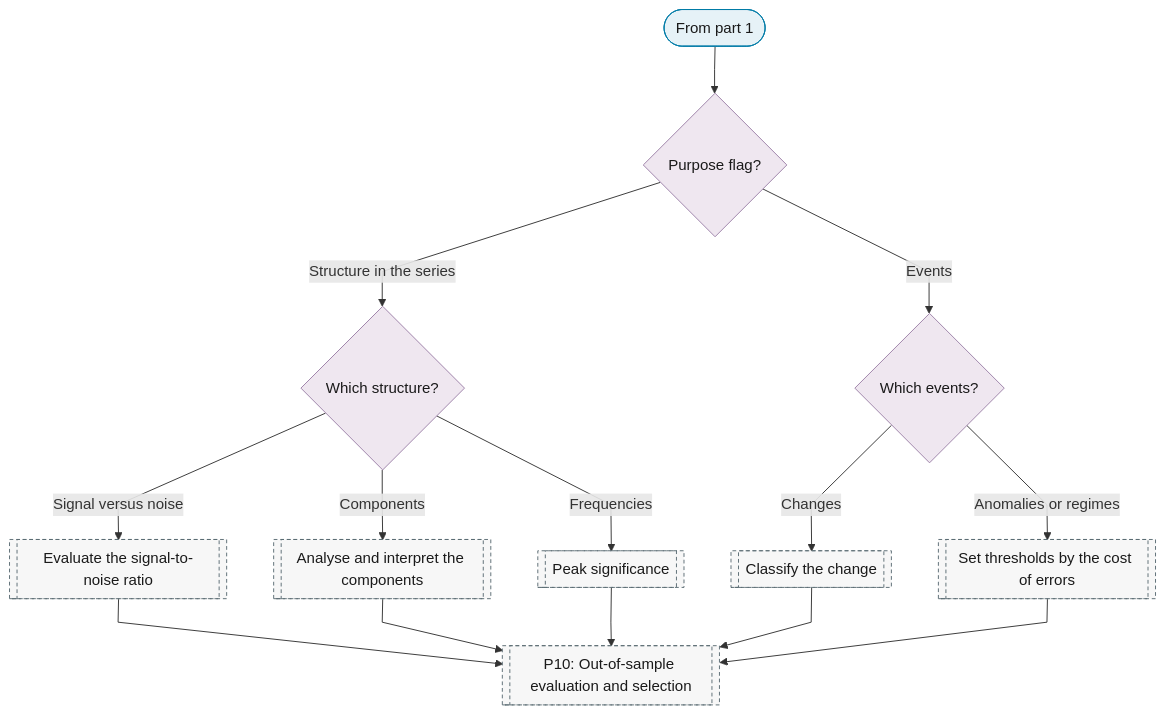
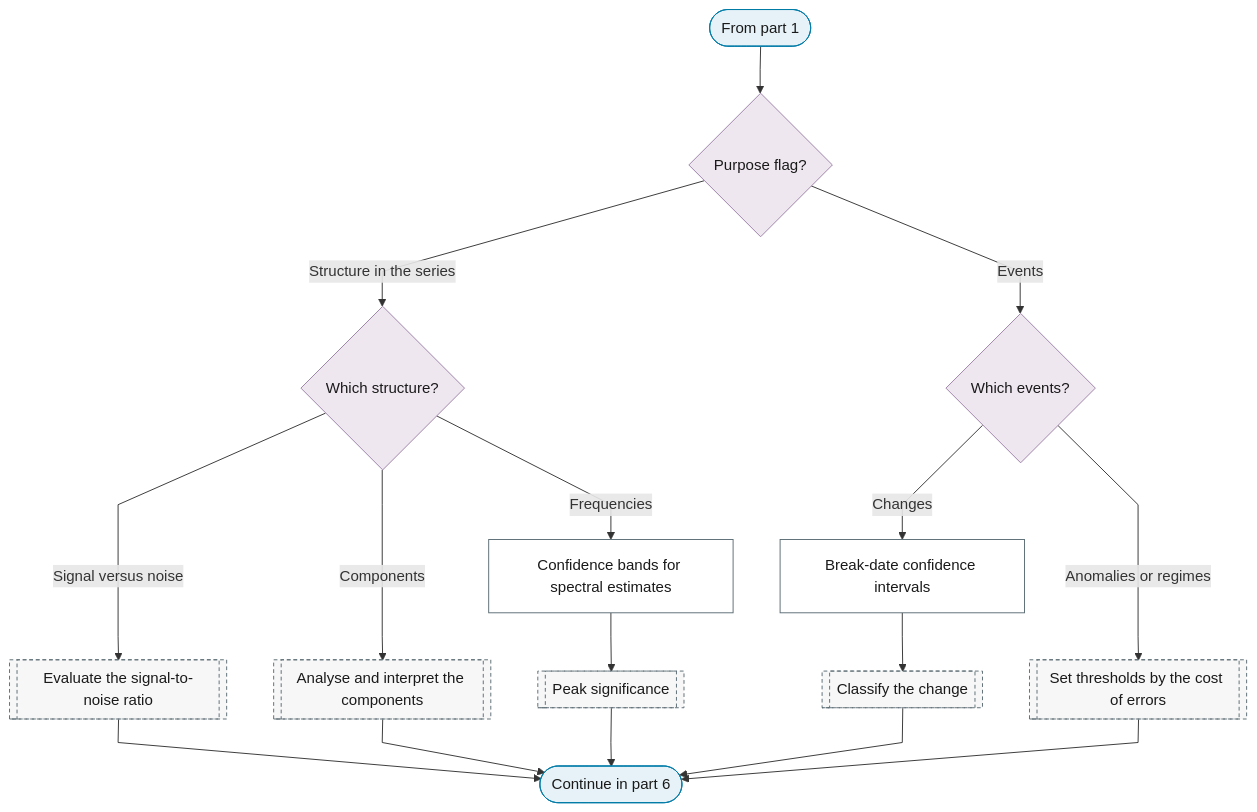
The fourth of 6 diagrams in docs/01-workflow/p11-inference.md (Shuxin-Y/time-series-analysis-manual), drawn with Mermaid before and after one commit. The commit also changed other lines of this file and 8 other files, not shown here.

First line of the commit message:
feat(p11,p12): issue the scored product, post-selection inference, drift by type

````diff
--- a/docs/01-workflow/p11-inference.md
+++ b/docs/01-workflow/p11-inference.md
@@ -108,24 +101,27 @@
 ```mermaid
 %%{init: {"flowchart": {"curve": "linear"}}}%%
 graph TD
     P11_PART_4_IN(["From part 1"]) --> P11_PURPOSE_4{"Purpose flag?"}
     P11_PURPOSE_4 -->|"Structure in the series"| P11_STRUCTURE{"Which structure?"}
     P11_PURPOSE_4 -->|"Events"| P11_EVENTS{"Which events?"}
     P11_STRUCTURE -->|"Signal versus noise"| P0_SE_SNR[["Evaluate the signal-to-noise ratio"]]
     P11_STRUCTURE -->|"Components"| P0_DC_COMPONENT_ANALYSIS[["Analyse and interpret the components"]]
-    P11_STRUCTURE -->|"Frequencies"| P0_SP_PEAK_SIGNIFICANCE[["Peak significance"]]
-    P11_EVENTS -->|"Changes"| P0_CP_TYPE[["Classify the change"]]
+    P11_STRUCTURE -->|"Frequencies"| P11_SPECTRAL_BANDS["Confidence bands for spectral estimates"]
+    P11_SPECTRAL_BANDS --> P0_SP_PEAK_SIGNIFICANCE[["Peak significance"]]
+    P11_EVENTS -->|"Changes"| P11_BREAK_DATE_CI["Break-date confidence intervals"]
+    P11_BREAK_DATE_CI --> P0_CP_TYPE[["Classify the change"]]
     P11_EVENTS -->|"Anomalies or regimes"| P0_AN_THRESHOLD[["Set thresholds by the cost of errors"]]
-    P0_SE_SNR & P0_DC_COMPONENT_ANALYSIS & P0_SP_PEAK_SIGNIFICANCE & P0_CP_TYPE & P0_AN_THRESHOLD --> P10[["P10: Out-of-sample evaluation and selection"]]
-    class P11_PART_4_IN terminator
+    P0_SE_SNR & P0_DC_COMPONENT_ANALYSIS & P0_SP_PEAK_SIGNIFICANCE & P0_CP_TYPE & P0_AN_THRESHOLD --> P11_PART_4_OUT(["Continue in part 6"])
+    class P11_PART_4_IN,P11_PART_4_OUT terminator
     class P11_PURPOSE_4,P11_STRUCTURE,P11_EVENTS decision
-    class P0_SE_SNR,P0_DC_COMPONENT_ANALYSIS,P0_SP_PEAK_SIGNIFICANCE,P0_CP_TYPE,P0_AN_THRESHOLD,P10 ref
+    class P11_SPECTRAL_BANDS,P11_BREAK_DATE_CI process
+    class P0_SE_SNR,P0_DC_COMPONENT_ANALYSIS,P0_SP_PEAK_SIGNIFICANCE,P0_CP_TYPE,P0_AN_THRESHOLD ref
     classDef terminator fill:#E6F2F7,stroke:#007BA7,color:#1A1A1A;
     classDef process fill:#FFFFFF,stroke:#5A6B73,color:#1A1A1A;
     classDef decision fill:#EFE7F0,stroke:#9B7FA7,color:#1A1A1A;
     classDef data fill:#FFF4E0,stroke:#C9A55E,color:#1A1A1A;
     classDef good fill:#DCEFD8,stroke:#4A7A3F,color:#1A1A1A;
     classDef escalate fill:#FFE9C2,stroke:#C9A55E,color:#1A1A1A;
     classDef problem fill:#F2D9DE,stroke:#800020,color:#1A1A1A;
     classDef ref fill:#F7F7F7,stroke:#5A6B73,color:#1A1A1A,stroke-dasharray:4 3;
 ```
````
